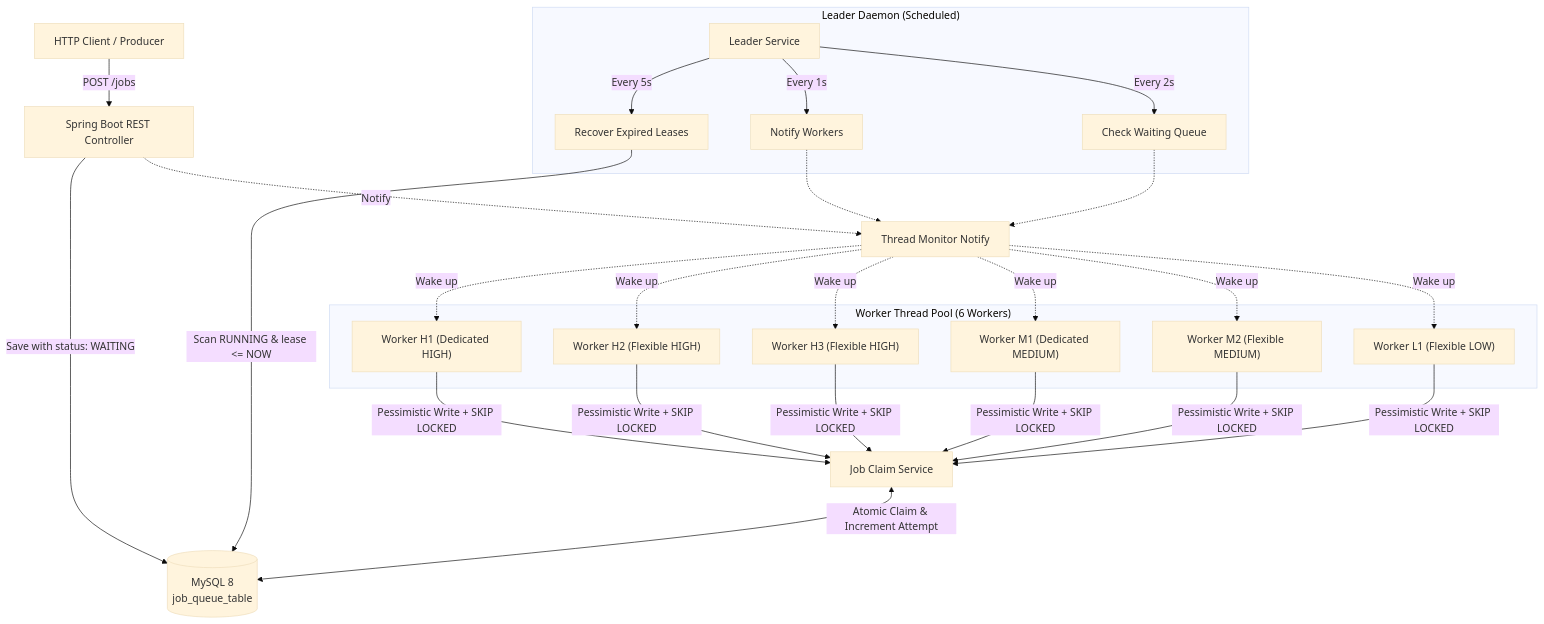
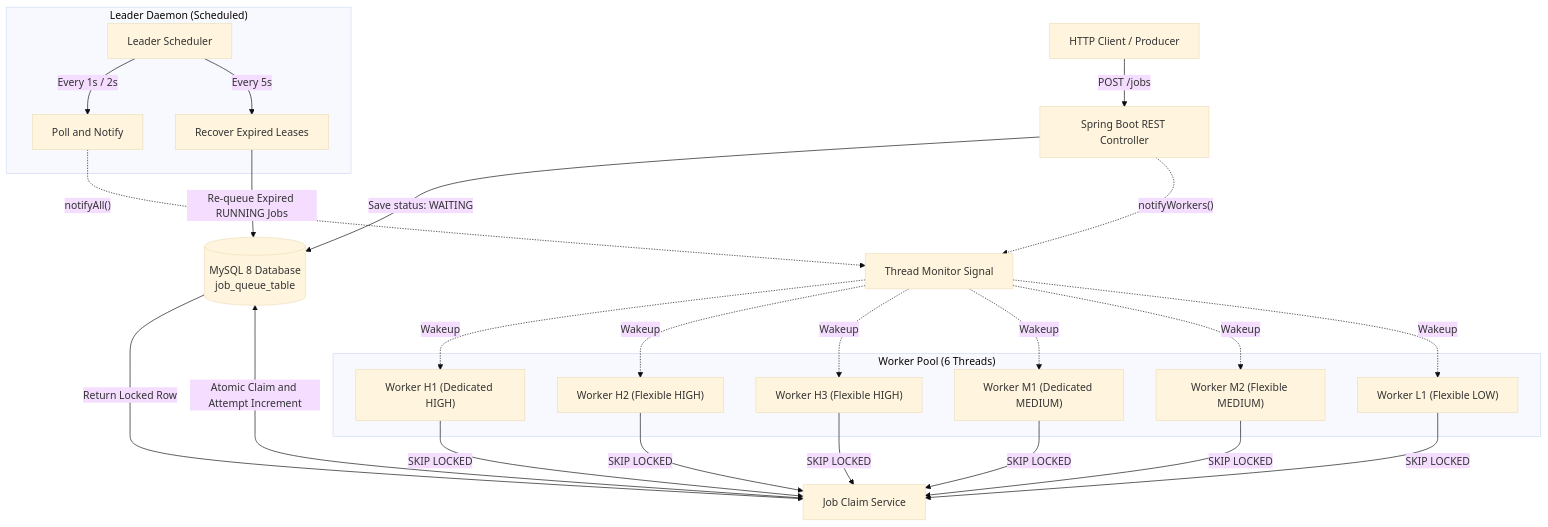
One commit to Akhil-kotipali/dynamic-job-administration-system changed the first of 2 diagrams in README.md. Above: the diagram before and after it, drawn with Mermaid (base theme). The commit also changed other lines of this file, not shown here.

Commit message:
fix: update mermaid diagrams syntax for GitHub markdown compatibility

````diff
--- a/README.md
+++ b/README.md
@@ -57,30 +57,40 @@
 ```mermaid
 flowchart TD
-    Client[HTTP Client / Producer] -->|POST /jobs| API[Spring Boot REST Controller]
-    API -->|Save with status: WAITING| DB[(MySQL 8\njob_queue_table)]
-    API -.->|Notify| Signal[Thread Monitor Notify]
+    Client["HTTP Client / Producer"] -->|"POST /jobs"| API["Spring Boot REST Controller"]
+    API -->|"Save status: WAITING"| DB[("MySQL 8 Database<br/>job_queue_table")]
+    API -.->|"notifyWorkers()"| Signal["Thread Monitor Signal"]
 
-    subgraph "Leader Daemon (Scheduled)"
-        Leader[Leader Service] -->|Every 1s| Wake[Notify Workers]
-        Leader -->|Every 5s| Recov[Recover Expired Leases]
-        Leader -->|Every 2s| Monitor[Check Waiting Queue]
+    subgraph LeaderDaemon ["Leader Daemon (Scheduled)"]
+        Leader["Leader Scheduler"] -->|"Every 1s / 2s"| Wake["Poll and Notify"]
+        Leader -->|"Every 5s"| Recov["Recover Expired Leases"]
     end
 
-    Recov -->|Scan RUNNING & lease <= NOW| DB
-    Wake -.-> Signal
-    Monitor -.-> Signal
+    Recov -->|"Re-queue Expired RUNNING Jobs"| DB
+    Wake -.->|"notifyAll()"| Signal
 
-    subgraph "Worker Thread Pool (6 Workers)"
+    subgraph WorkerPool ["Worker Pool (6 Threads)"]
         H1["Worker H1 (Dedicated HIGH)"]
         H2["Worker H2 (Flexible HIGH)"]
         H3["Worker H3 (Flexible HIGH)"]
         M1["Worker M1 (Dedicated MEDIUM)"]
         M2["Worker M2 (Flexible MEDIUM)"]
         L1["Worker L1 (Flexible LOW)"]
     end
 
-    Signal -.->|Wake up| H1 & H2 & H3 & M1 & M2 & L1
+    Signal -.->|"Wakeup"| H1
+    Signal -.->|"Wakeup"| H2
+    Signal -.->|"Wakeup"| H3
+    Signal -.->|"Wakeup"| M1
+    Signal -.->|"Wakeup"| M2
+    Signal -.->|"Wakeup"| L1
 
-    H1 & H2 & H3 & M1 & M2 & L1 -->|Pessimistic Write + SKIP LOCKED| ClaimService[Job Claim Service]
-    ClaimService <-->|Atomic Claim & Increment Attempt| DB
+    H1 -->|"SKIP LOCKED"| ClaimService["Job Claim Service"]
+    H2 -->|"SKIP LOCKED"| ClaimService
+    H3 -->|"SKIP LOCKED"| ClaimService
+    M1 -->|"SKIP LOCKED"| ClaimService
+    M2 -->|"SKIP LOCKED"| ClaimService
+    L1 -->|"SKIP LOCKED"| ClaimService
+
+    ClaimService -->|"Atomic Claim and Attempt Increment"| DB
+    DB -->|"Return Locked Row"| ClaimService
 ```
````
